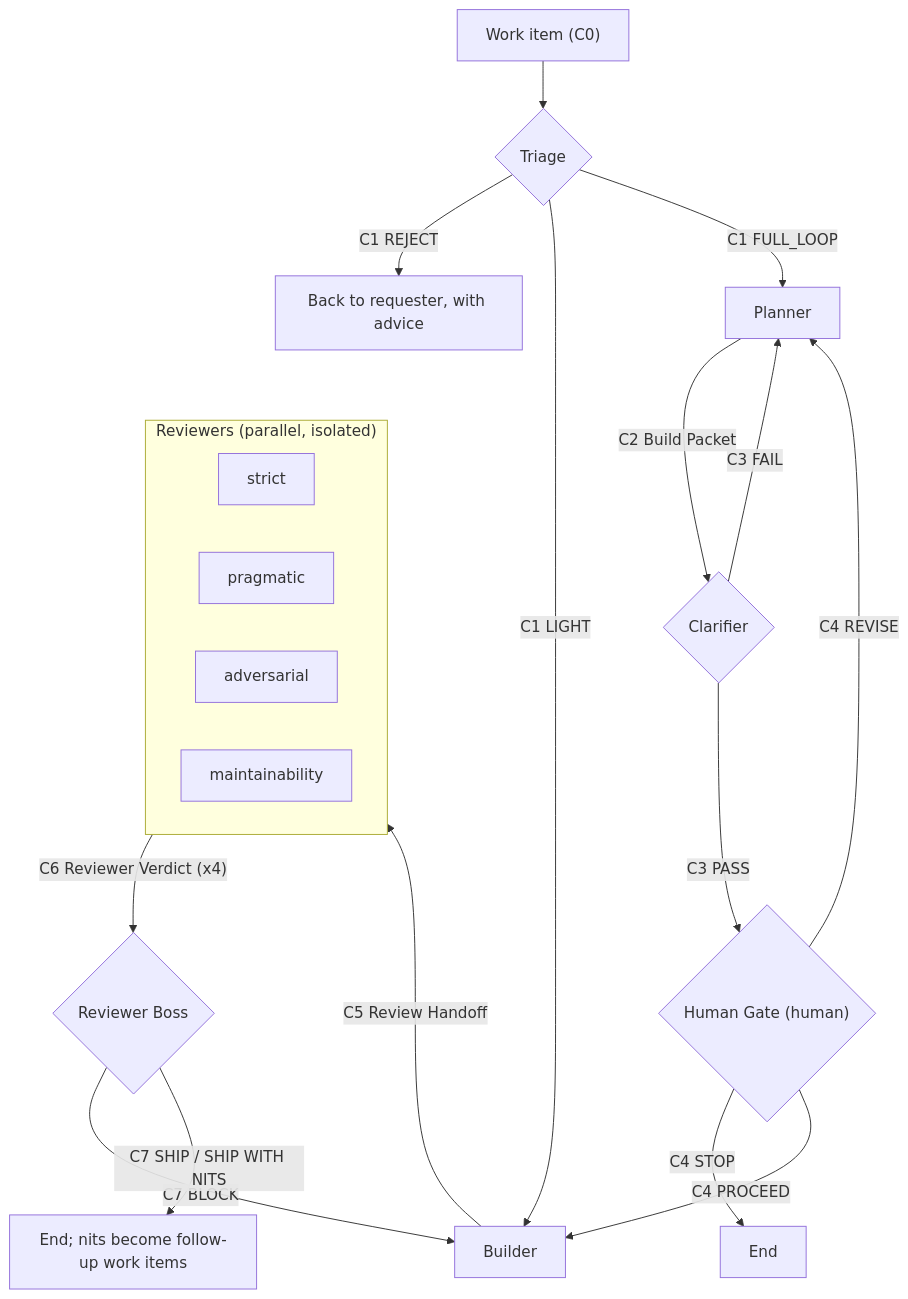
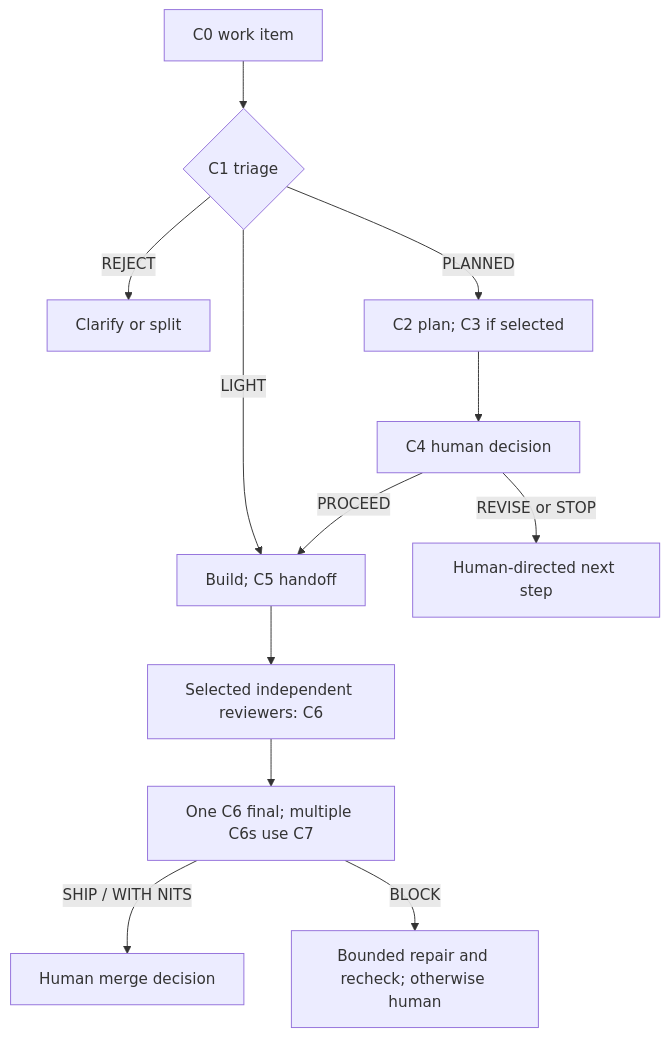
One commit to misja/agent-role-loop changed the diagram in core/loop.md. Above: the diagram before and after it, drawn with Mermaid. The commit also changed other lines of this file and 50 other files, not shown here.

````diff
--- a/core/loop.md
+++ b/core/loop.md
@@ -7,24 +10,14 @@
 ```mermaid
 flowchart TD
-    W["Work item (C0)"] --> T{Triage}
-    T -->|"C1 REJECT"| Req["Back to requester, with advice"]
-    T -->|"C1 LIGHT"| B["Builder"]
-    T -->|"C1 FULL_LOOP"| P["Planner"]
-    P -->|"C2 Build Packet"| C{Clarifier}
-    C -->|"C3 FAIL"| P
-    C -->|"C3 PASS"| G{"Human Gate (human)"}
-    G -->|"C4 REVISE"| P
-    G -->|"C4 STOP"| E1["End"]
-    G -->|"C4 PROCEED"| B
-    B -->|"C5 Review Handoff"| RV
-    subgraph RV["Reviewers (parallel, isolated)"]
-        direction LR
-        R1["strict"]
-        R2["pragmatic"]
-        R3["adversarial"]
-        R4["maintainability"]
-    end
-    RV -->|"C6 Reviewer Verdict (x4)"| RB{Reviewer Boss}
-    RB -->|"C7 BLOCK"| B
-    RB -->|"C7 SHIP / SHIP WITH NITS"| E2["End; nits become follow-up work items"]
+    W["C0 work item"] --> T{"C1 triage"}
+    T -->|REJECT| X["Clarify or split"]
+    T -->|PLANNED| P["C2 plan; C3 if selected"]
+    P --> G["C4 human decision"]
+    T -->|LIGHT| B["Build; C5 handoff"]
+    G -->|PROCEED| B
+    G -->|REVISE or STOP| H["Human-directed next step"]
+    B --> V["Selected independent reviewers: C6"]
+    V --> F["One C6 final; multiple C6s use C7"]
+    F -->|SHIP / WITH NITS| M["Human merge decision"]
+    F -->|BLOCK| R["Bounded repair and recheck; otherwise human"]
 ```
````
